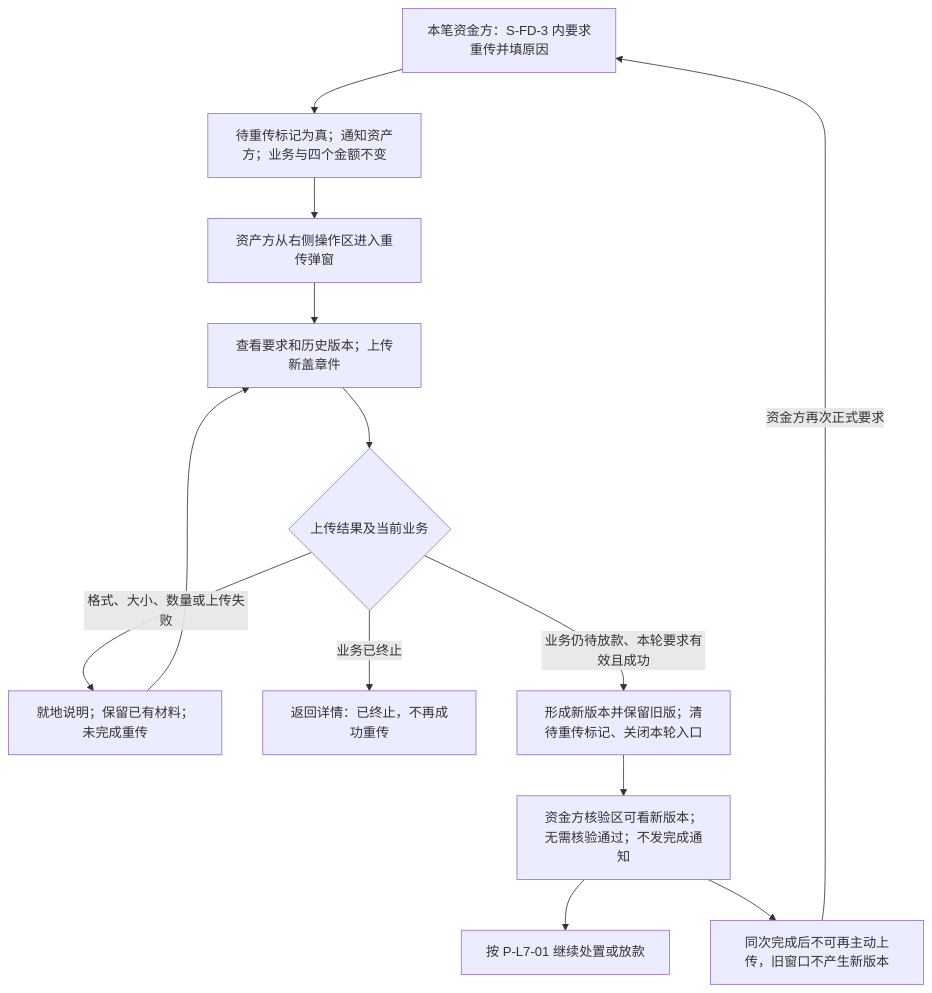
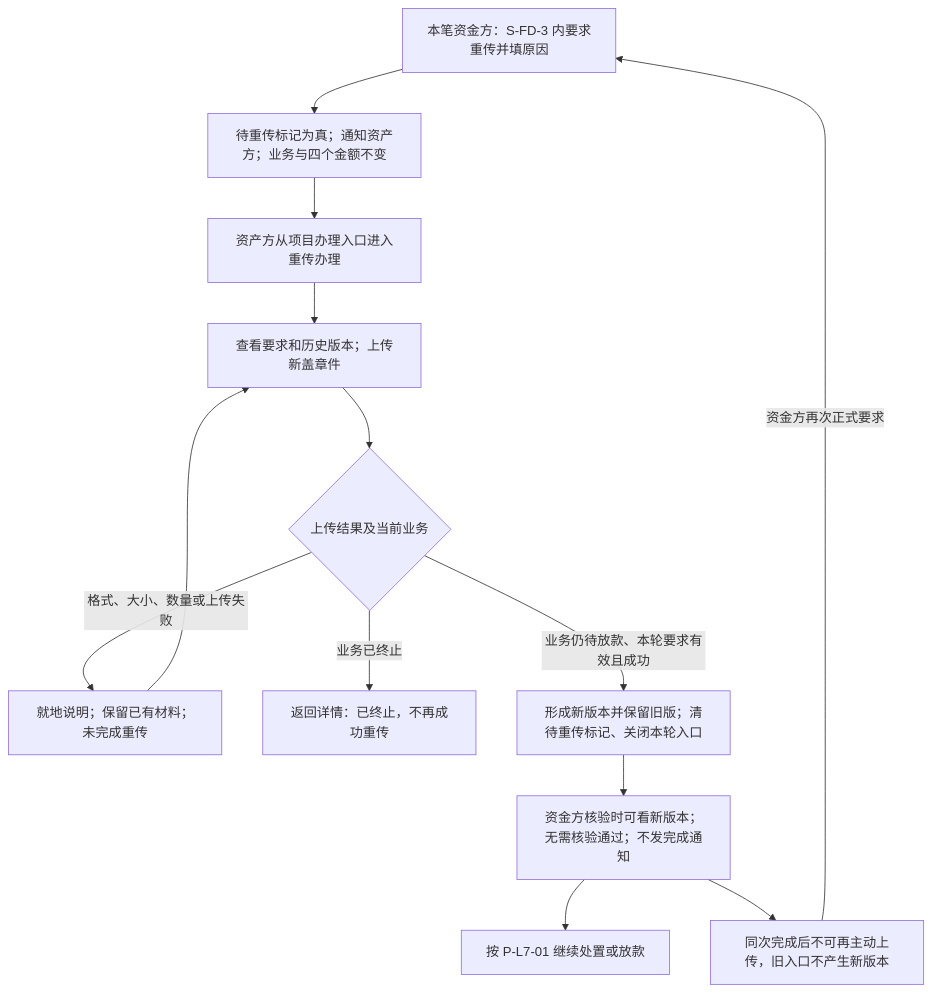
Before and after one commit to wxblockchain/Chain-Financing: the third of 6 diagrams in lending-platform/PRD/v1.0-借贷广场-放款与放款确认/02-放款与放款确认-流程图与状态机.md, drawn with Mermaid. The commit also changed other lines of this file and 4 other files, not shown here.

````diff
--- a/lending-platform/PRD/v1.0-借贷广场-放款与放款确认/02-放款与放款确认-流程图与状态机.md
+++ b/lending-platform/PRD/v1.0-借贷广场-放款与放款确认/02-放款与放款确认-流程图与状态机.md
@@ -85,15 +85,15 @@
 ```mermaid
 flowchart TD
   A[本笔资金方：S-FD-3 内要求重传并填原因] --> B[待重传标记为真；通知资产方；业务与四个金额不变]
-  B --> C[资产方从右侧操作区进入重传弹窗]
+  B --> C[资产方从项目办理入口进入重传办理]
   C --> D[查看要求和历史版本；上传新盖章件]
   D --> E{上传结果及当前业务}
   E -->|格式、大小、数量或上传失败| F[就地说明；保留已有材料；未完成重传]
   F --> D
   E -->|业务已终止| G[返回详情：已终止，不再成功重传]
   E -->|业务仍待放款、本轮要求有效且成功| H[形成新版本并保留旧版；清待重传标记、关闭本轮入口]
-  H --> I[资金方核验区可看新版本；无需核验通过；不发完成通知]
+  H --> I[资金方核验时可看新版本；无需核验通过；不发完成通知]
   I --> J[按 P-L7-01 继续处置或放款]
-  I --> Q[同次完成后不可再主动上传，旧窗口不产生新版本]
+  I --> Q[同次完成后不可再主动上传，旧入口不产生新版本]
   Q -->|资金方再次正式要求| A
 ```
````
